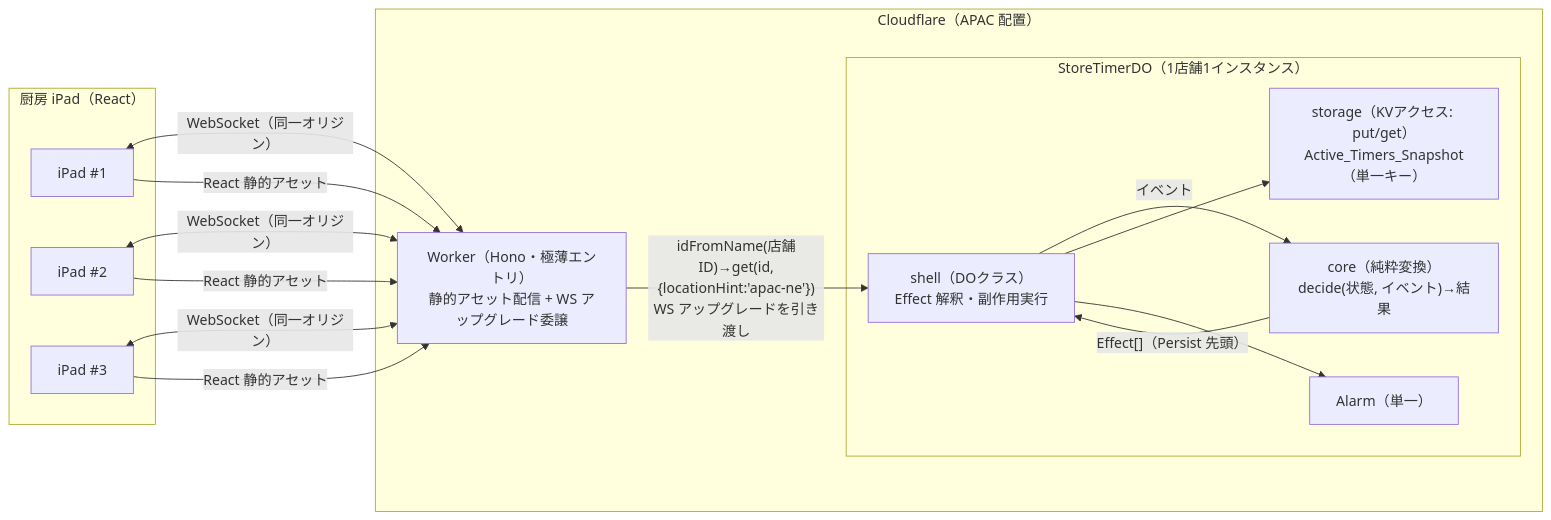
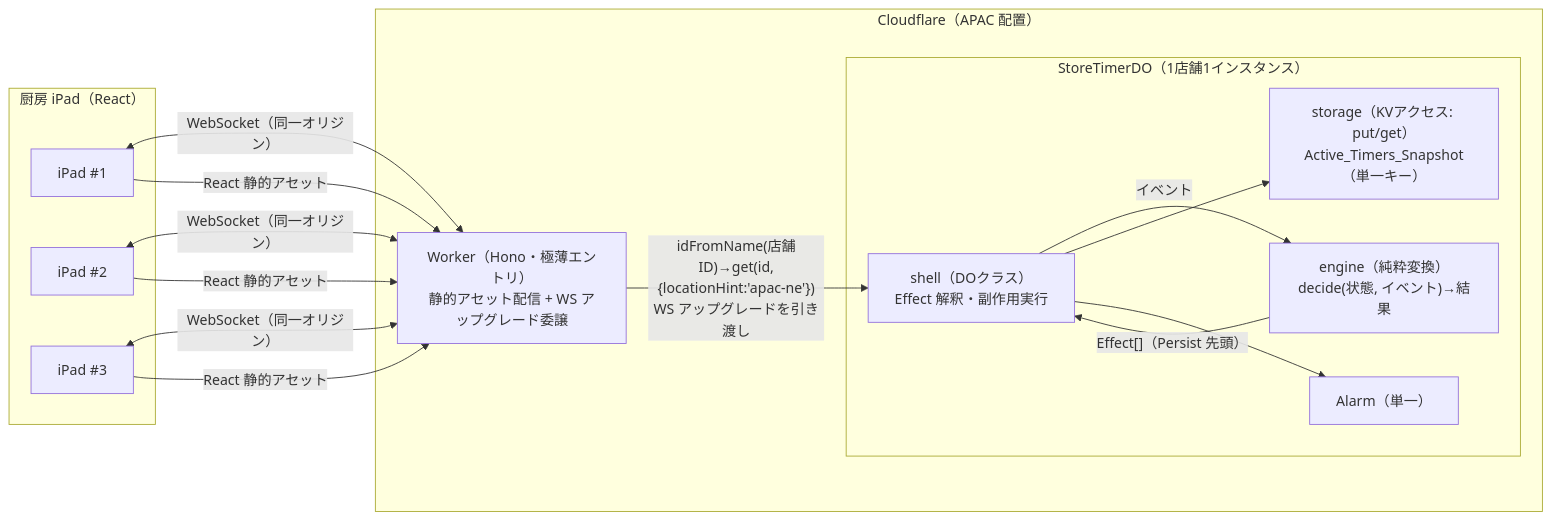
Before and after one commit to mikomokaru/durable-yudemen: the first of 3 diagrams in .kiro/specs/yude-men-timer/design.md, drawn with Mermaid. The commit also changed other lines of this file and 57 other files, not shown here.

````diff
--- a/.kiro/specs/yude-men-timer/design.md
+++ b/.kiro/specs/yude-men-timer/design.md
@@ -45,24 +45,24 @@
 ```mermaid
 flowchart LR
   subgraph Edge["Cloudflare（APAC 配置）"]
     W["Worker（Hono・極薄エントリ）<br/>静的アセット配信 + WS アップグレード委譲"]
     subgraph DO["StoreTimerDO（1店舗1インスタンス）"]
       SH["shell（DOクラス）<br/>Effect 解釈・副作用実行"]
-      CORE["core（純粋変換）<br/>decide(状態, イベント)→結果"]
+      ENGINE["engine（純粋変換）<br/>decide(状態, イベント)→結果"]
       ST["storage（KVアクセス: put/get）<br/>Active_Timers_Snapshot（単一キー）"]
       AL["Alarm（単一）"]
     end
   end
   subgraph Clients["厨房 iPad（React）"]
     C1["iPad #1"]
     C2["iPad #2"]
     C3["iPad #3"]
   end
   C1 & C2 & C3 <-->|"WebSocket（同一オリジン）"| W
   W -->|"idFromName(店舗ID)→get(id,{locationHint:'apac-ne'})<br/>WS アップグレードを引き渡し"| SH
-  SH -->|"イベント"| CORE
-  CORE -->|"Effect[]（Persist 先頭）"| SH
+  SH -->|"イベント"| ENGINE
+  ENGINE -->|"Effect[]（Persist 先頭）"| SH
   SH --> ST
   SH --> AL
   C1 & C2 & C3 -->|"React 静的アセット"| W
 ```
````
